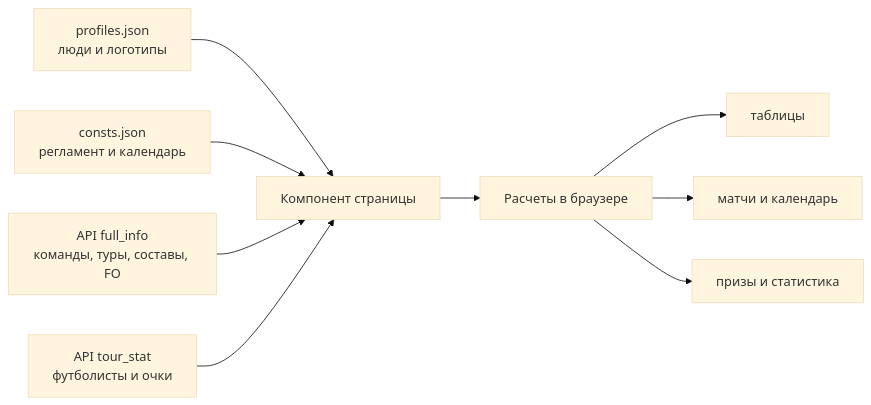
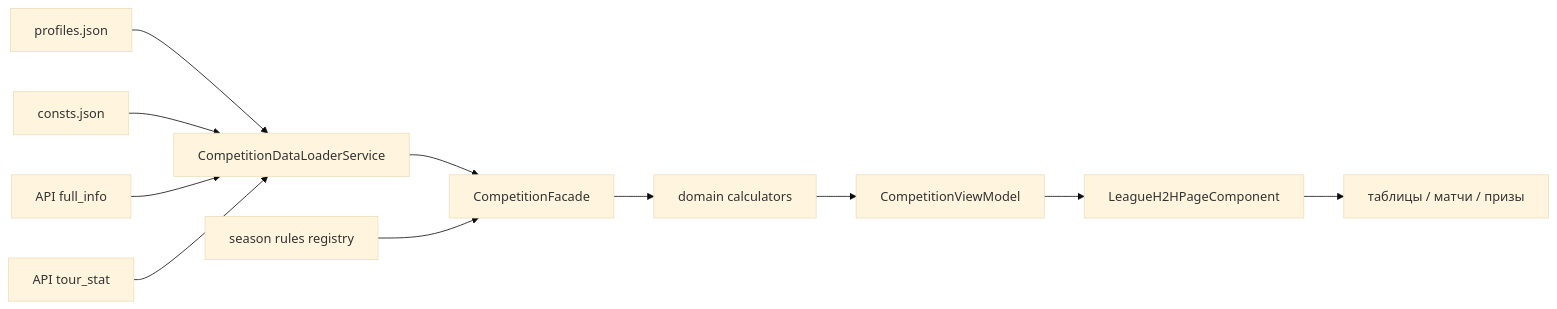
The diagram in docs/ARCHITECTURE.md (aleshkinpaul/fantasy), drawn with Mermaid (base theme) before and after one commit. The commit also changed other lines of this file and 3 other files, not shown here.

Commit message:
docs: update refactored competition architecture

````diff
--- a/docs/ARCHITECTURE.md
+++ b/docs/ARCHITECTURE.md
@@ -51,11 +51,13 @@
 ```mermaid
 flowchart LR
-    P[profiles.json\nлюди и логотипы] --> C[Компонент страницы]
-    K[consts.json\nрегламент и календарь] --> C
-    A1[API full_info\nкоманды, туры, составы, FO] --> C
-    A2[API tour_stat\nфутболисты и очки] --> C
-    C --> R[Расчеты в браузере]
-    R --> T[таблицы]
-    R --> M[матчи и календарь]
-    R --> W[призы и статистика]
+    P[profiles.json] --> L[CompetitionDataLoaderService]
+    K[consts.json] --> L
+    A1[API full_info] --> L
+    A2[API tour_stat] --> L
+    L --> F[CompetitionFacade]
+    G[season rules registry] --> F
+    F --> D[domain calculators]
+    D --> V[CompetitionViewModel]
+    V --> C[LeagueH2HPageComponent]
+    C --> U[таблицы / матчи / призы]
 ```
````
